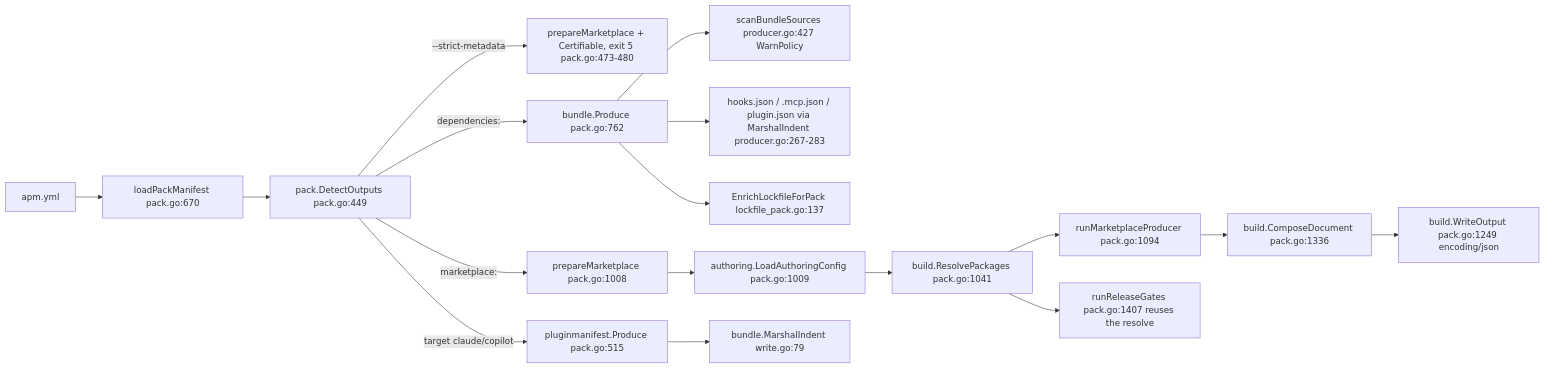
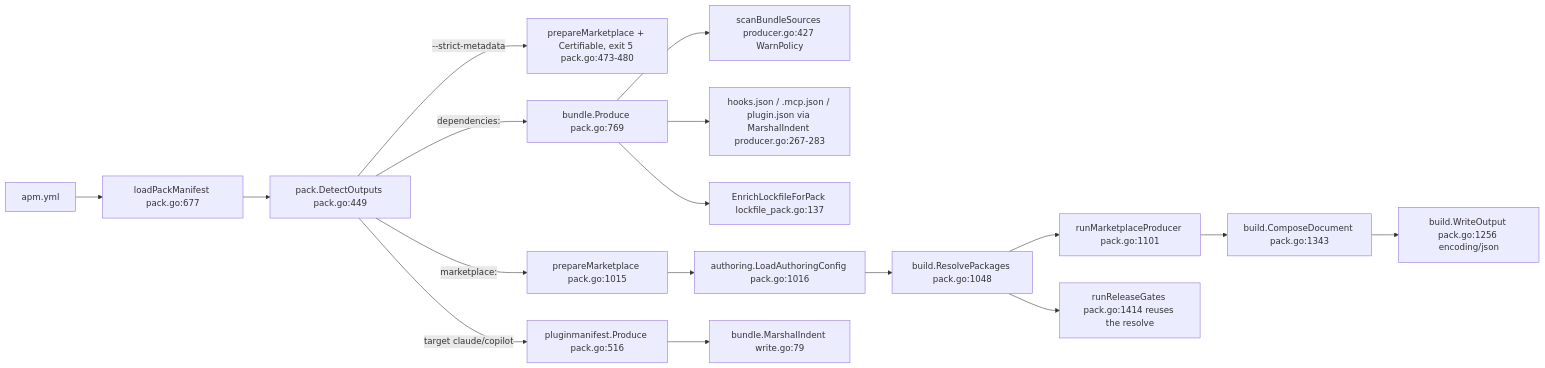
Before and after one commit to gn00678465/apm-go: the third of 4 diagrams in ARCHITECTURE.md, drawn with Mermaid. The commit also changed other lines of this file and 6 other files, not shown here.

First line of the commit message:
fix(pack): dry-run 與 --json 照實際執行的決定回報 plugin.json

````diff
--- a/ARCHITECTURE.md
+++ b/ARCHITECTURE.md
@@ -122,19 +122,19 @@
 ```mermaid
 flowchart LR
-  A[apm.yml] --> B[loadPackManifest pack.go:670]
+  A[apm.yml] --> B[loadPackManifest pack.go:677]
   B --> C[pack.DetectOutputs pack.go:449]
   C -->|--strict-metadata| S[prepareMarketplace + Certifiable, exit 5 pack.go:473-480]
-  C -->|dependencies:| D[bundle.Produce pack.go:762]
-  C -->|marketplace:| E[prepareMarketplace pack.go:1008]
-  C -->|target claude/copilot| F[pluginmanifest.Produce pack.go:515]
+  C -->|dependencies:| D[bundle.Produce pack.go:769]
+  C -->|marketplace:| E[prepareMarketplace pack.go:1015]
+  C -->|target claude/copilot| F[pluginmanifest.Produce pack.go:516]
   D --> D1[scanBundleSources producer.go:427 WarnPolicy]
   D --> D2[hooks.json / .mcp.json / plugin.json via MarshalIndent producer.go:267-283]
   D --> D3[EnrichLockfileForPack lockfile_pack.go:137]
-  E --> E1[authoring.LoadAuthoringConfig pack.go:1009]
-  E1 --> E2[build.ResolvePackages pack.go:1041]
-  E2 --> P[runMarketplaceProducer pack.go:1094]
-  P --> E3[build.ComposeDocument pack.go:1336]
-  E3 --> E4[build.WriteOutput pack.go:1249 encoding/json]
-  E2 --> G[runReleaseGates pack.go:1407 reuses the resolve]
+  E --> E1[authoring.LoadAuthoringConfig pack.go:1016]
+  E1 --> E2[build.ResolvePackages pack.go:1048]
+  E2 --> P[runMarketplaceProducer pack.go:1101]
+  P --> E3[build.ComposeDocument pack.go:1343]
+  E3 --> E4[build.WriteOutput pack.go:1256 encoding/json]
+  E2 --> G[runReleaseGates pack.go:1414 reuses the resolve]
   F --> F1[bundle.MarshalIndent write.go:79]
 ```
````
